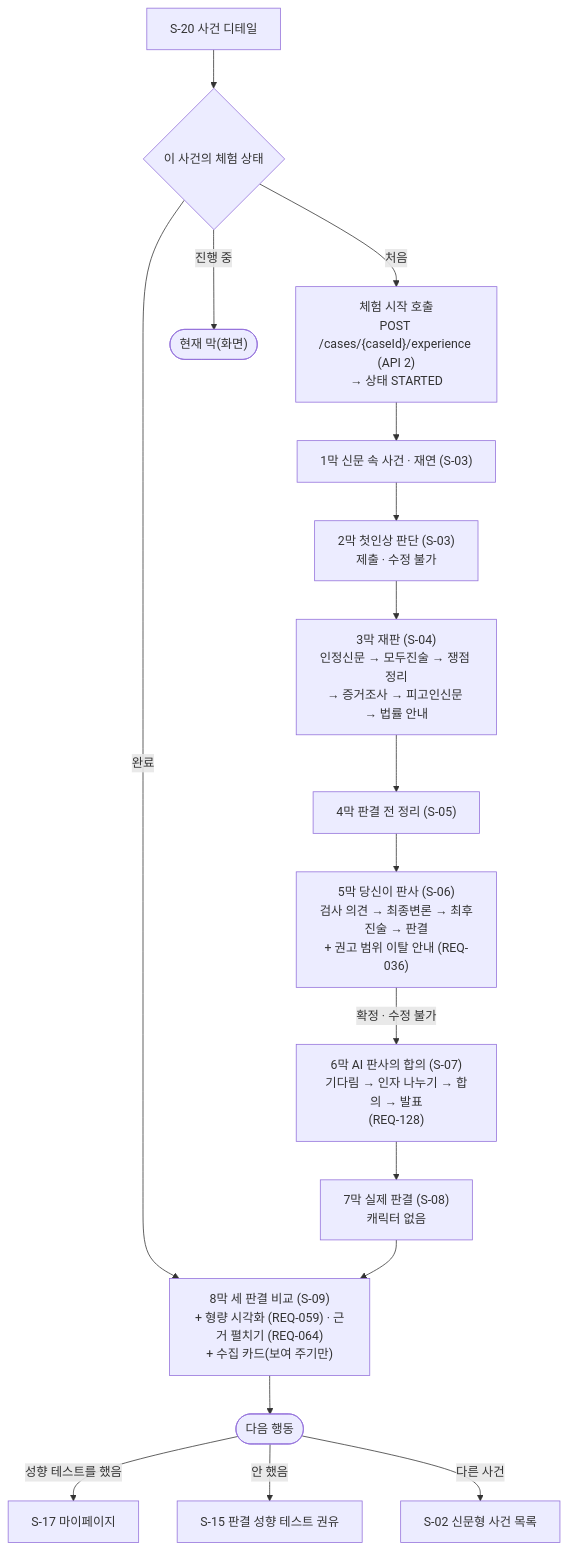
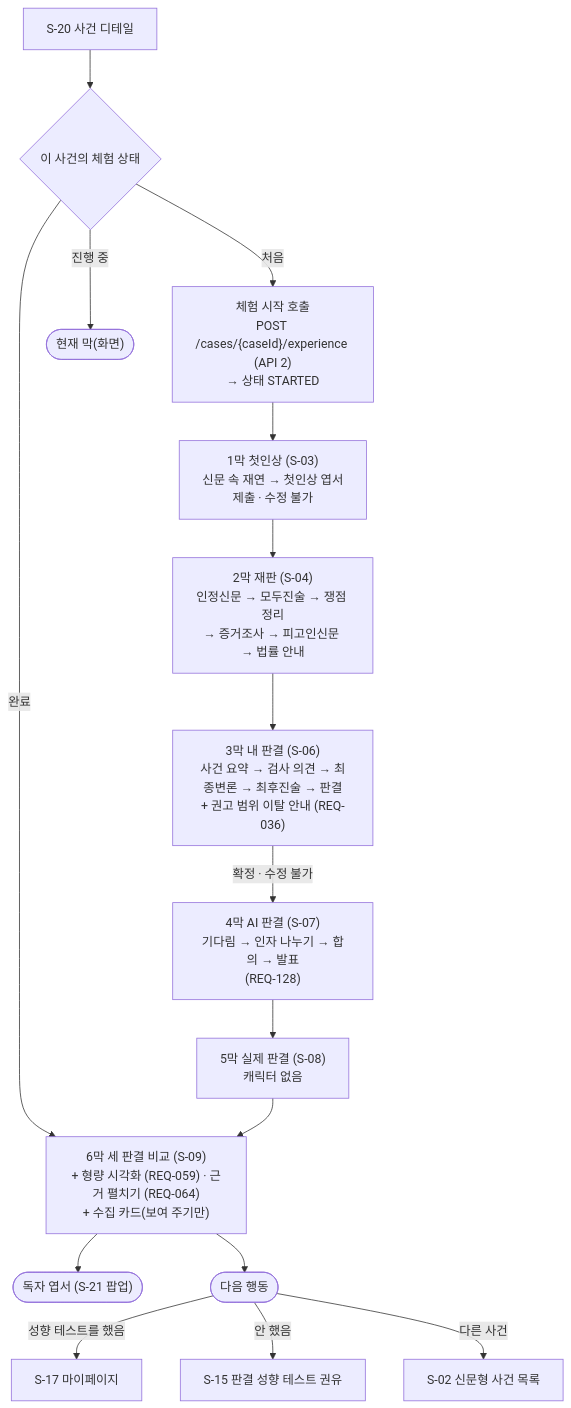
Before and after one commit to prgrms-aibe-devcourse/AIBE7_FinalProject_Team2: the fifth of 8 diagrams in docs/user-flow.md, drawn with Mermaid. The commit also changed other lines of this file and 1 other file, not shown here.

````diff
--- a/docs/user-flow.md
+++ b/docs/user-flow.md
@@ -237,19 +238,18 @@
 ```mermaid
 flowchart TD
     CD["S-20 사건 디테일"] --> D1{"이 사건의 체험 상태"}
     D1 -->|처음| ST["체험 시작 호출<br/>POST /cases/{caseId}/experience (API 2)<br/>→ 상태 STARTED"]
     ST --> A1
     D1 -->|진행 중| P(["현재 막(화면)"])
-    D1 -->|완료| A8
-    A1["1막 신문 속 사건 · 재연 (S-03)"] --> A2["2막 첫인상 판단 (S-03)<br/>제출 · 수정 불가"]
-    A2 --> A3["3막 재판 (S-04)<br/>인정신문 → 모두진술 → 쟁점 정리<br/>→ 증거조사 → 피고인신문 → 법률 안내"]
-    A3 --> A4["4막 판결 전 정리 (S-05)"]
-    A4 --> A5["5막 당신이 판사 (S-06)<br/>검사 의견 → 최종변론 → 최후진술 → 판결<br/>+ 권고 범위 이탈 안내 (REQ-036)"]
-    A5 -->|확정 · 수정 불가| A6["6막 AI 판사의 합의 (S-07)<br/>기다림 → 인자 나누기 → 합의 → 발표<br/>(REQ-128)"]
-    A6 --> A7["7막 실제 판결 (S-08)<br/>캐릭터 없음"]
-    A7 --> A8["8막 세 판결 비교 (S-09)<br/>+ 형량 시각화 (REQ-059) · 근거 펼치기 (REQ-064)<br/>+ 수집 카드(보여 주기만)"]
-    A8 --> NX(["다음 행동"])
+    D1 -->|완료| A6
+    A1["1막 첫인상 (S-03)<br/>신문 속 재연 → 첫인상 엽서<br/>제출 · 수정 불가"] --> A2["2막 재판 (S-04)<br/>인정신문 → 모두진술 → 쟁점 정리<br/>→ 증거조사 → 피고인신문 → 법률 안내"]
+    A2 --> A3["3막 내 판결 (S-06)<br/>사건 요약 → 검사 의견 → 최종변론 → 최후진술 → 판결<br/>+ 권고 범위 이탈 안내 (REQ-036)"]
+    A3 -->|확정 · 수정 불가| A4["4막 AI 판결 (S-07)<br/>기다림 → 인자 나누기 → 합의 → 발표<br/>(REQ-128)"]
+    A4 --> A5["5막 실제 판결 (S-08)<br/>캐릭터 없음"]
+    A5 --> A6["6막 세 판결 비교 (S-09)<br/>+ 형량 시각화 (REQ-059) · 근거 펼치기 (REQ-064)<br/>+ 수집 카드(보여 주기만)"]
+    A6 --> RV(["독자 엽서 (S-21 팝업)"])
+    A6 --> NX(["다음 행동"])
     NX -->|성향 테스트를 했음| MY["S-17 마이페이지"]
     NX -->|안 했음| T["S-15 판결 성향 테스트 권유"]
     NX -->|다른 사건| N["S-02 신문형 사건 목록"]
 ```
````
